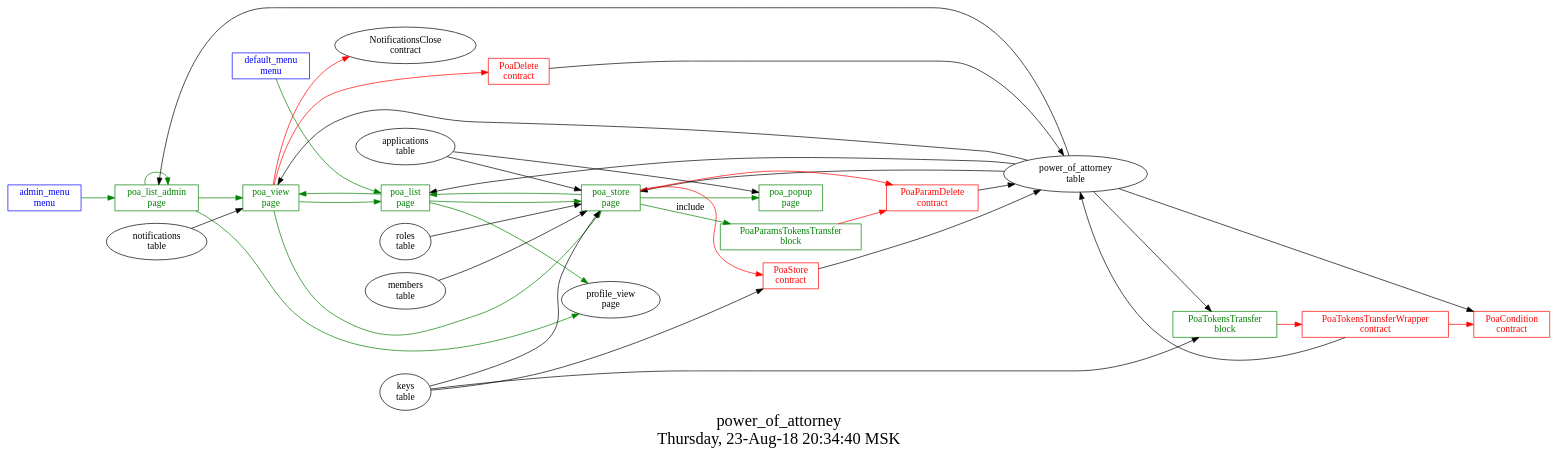
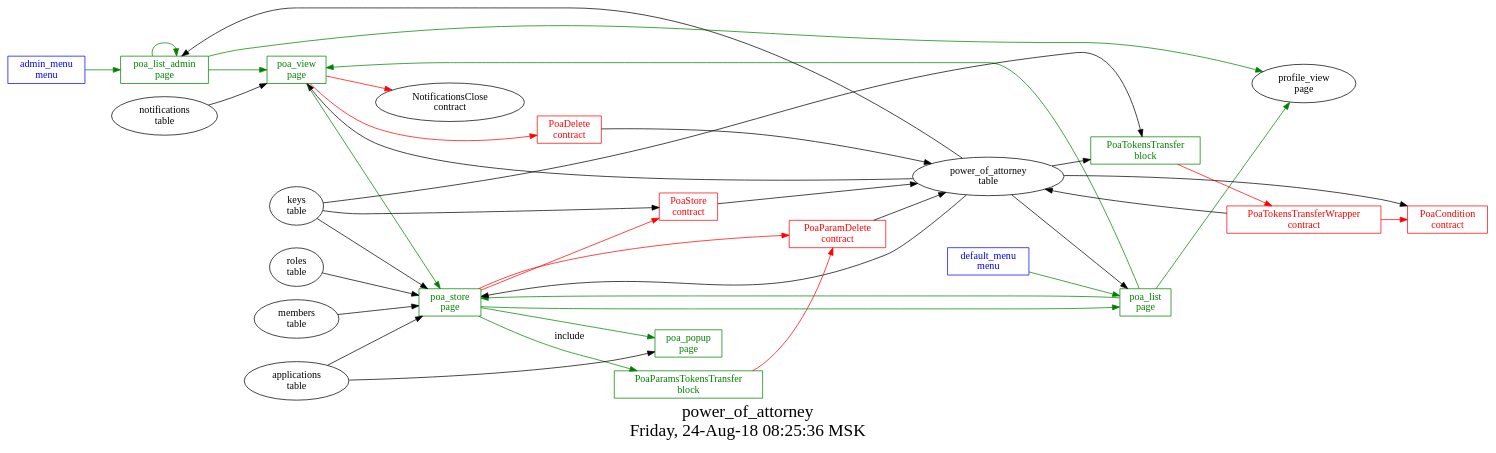
The diagram in src/power_of_attorney/struct.dot (AlexZeDim/apps), drawn with Graphviz before and after one commit. The commit also changed 5 other files, not shown here.

```diff
--- a/src/power_of_attorney/struct.dot
+++ b/src/power_of_attorney/struct.dot
@@ -1,63 +1,62 @@
 digraph G {
 graph [
   fontsize="24";
-  label="power_of_attorney\nThursday, 23-Aug-18 20:34:40 MSK";
+  label="power_of_attorney\nFriday, 24-Aug-18 08:25:36 MSK";
   nojustify=true;
   ordering=out;
   rankdir=LR;
   size="30";
 ];
 "admin_menu\nmenu" -> "poa_list_admin\npage"  [ color=green ]
 "admin_menu\nmenu" [color=blue, fontcolor=blue, group=menus, shape=record];
 "default_menu\nmenu" -> "poa_list\npage"  [ color=green ]
 "default_menu\nmenu" [color=blue, fontcolor=blue, group=menus, shape=record];
 "power_of_attorney\ntable" -> "poa_list\npage"
 "poa_list\npage" -> "poa_store\npage"  [ color=green ]
 "poa_list\npage" -> "poa_view\npage"  [ color=green ]
 "poa_list\npage" -> "profile_view\npage"  [ color=green ]
 "poa_list\npage" [color=green, fontcolor=green, group=pages, shape=record];
 "power_of_attorney\ntable" -> "poa_list_admin\npage"
 "poa_list_admin\npage" -> "poa_view\npage"  [ color=green ]
 "poa_list_admin\npage" -> "profile_view\npage"  [ color=green ]
 "poa_list_admin\npage" -> "poa_list_admin\npage"  [ color=green ]
 "poa_list_admin\npage" [color=green, fontcolor=green, group=pages, shape=record];
 "applications\ntable" -> "poa_popup\npage"
 "poa_popup\npage" [color=green, fontcolor=green, group=pages, shape=record];
 "poa_store\npage" -> "PoaParamDelete\ncontract"  [ color=red ]
 "poa_store\npage" -> "PoaStore\ncontract"  [ color=red ]
 "applications\ntable" -> "poa_store\npage"
 "roles\ntable" -> "poa_store\npage"
 "keys\ntable" -> "poa_store\npage"
 "members\ntable" -> "poa_store\npage"
 "power_of_attorney\ntable" -> "poa_store\npage"
 "poa_store\npage" -> "poa_list\npage"  [ color=green ]
 "poa_store\npage" -> "poa_popup\npage"  [ color=green ]
 "poa_store\npage" -> "PoaParamsTokensTransfer\nblock"  [ color=green, label=include ]
 "poa_store\npage" [color=green, fontcolor=green, group=pages, shape=record];
 "poa_view\npage" -> "NotificationsClose\ncontract"  [ color=red ]
 "poa_view\npage" -> "PoaDelete\ncontract"  [ color=red ]
 "notifications\ntable" -> "poa_view\npage"
 "power_of_attorney\ntable" -> "poa_view\npage"
-"poa_view\npage" -> "poa_list\npage"  [ color=green ]
 "poa_view\npage" -> "poa_store\npage"  [ color=green ]
 "poa_view\npage" [color=green, fontcolor=green, group=pages, shape=record];
 "PoaParamsTokensTransfer\nblock" -> "PoaParamDelete\ncontract"  [ color=red ]
 "PoaParamsTokensTransfer\nblock" [color=green, fontcolor=green, group=blocks, shape=record];
 "PoaTokensTransfer\nblock" -> "PoaTokensTransferWrapper\ncontract"  [ color=red ]
 "power_of_attorney\ntable" -> "PoaTokensTransfer\nblock"
 "keys\ntable" -> "PoaTokensTransfer\nblock"
 "PoaTokensTransfer\nblock" [color=green, fontcolor=green, group=blocks, shape=record];
 "power_of_attorney\ntable" -> "PoaCondition\ncontract"
 "PoaCondition\ncontract" [color=red, fontcolor=red, group=contracts, shape=record];
 "PoaDelete\ncontract" -> "power_of_attorney\ntable"  [ color="" ]
 "PoaDelete\ncontract" [color=red, fontcolor=red, group=contracts, shape=record];
 "PoaParamDelete\ncontract" -> "power_of_attorney\ntable"  [ color="" ]
 "PoaParamDelete\ncontract" [color=red, fontcolor=red, group=contracts, shape=record];
 "PoaStore\ncontract" -> "power_of_attorney\ntable"  [ color="" ]
 "keys\ntable" -> "PoaStore\ncontract"
 "PoaStore\ncontract" [color=red, fontcolor=red, group=contracts, shape=record];
 "PoaTokensTransferWrapper\ncontract" -> "PoaCondition\ncontract"  [ color=red ]
 "PoaTokensTransferWrapper\ncontract" -> "power_of_attorney\ntable"  [ color="" ]
 "PoaTokensTransferWrapper\ncontract" [color=red, fontcolor=red, group=contracts, shape=record];
 "power_of_attorney\ntable" [color="", fontcolor="", group=tables, shape=""];
 }
```
